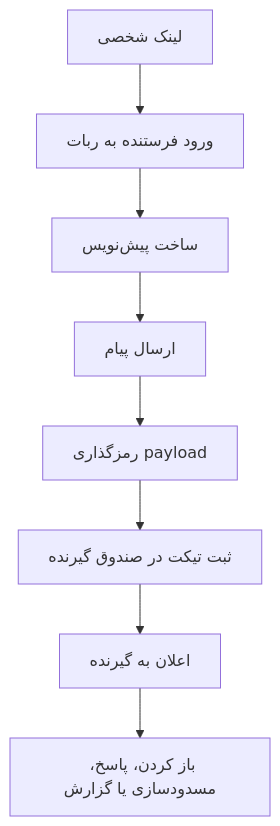
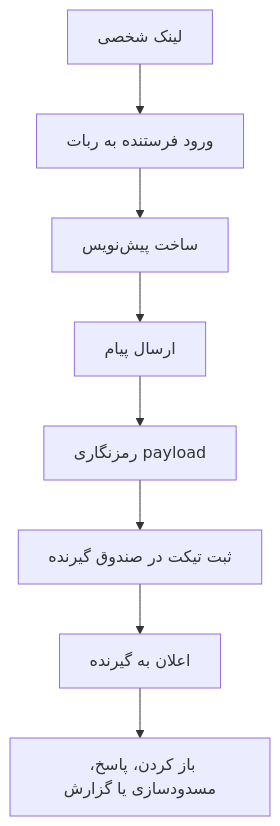
One commit to mohetios/mohetios.dev changed the first of 3 diagrams in content/fa/blog/building-nekonymous-anonymous-telegram-bot.md. Above: the diagram before and after it, drawn with Mermaid. The commit also changed other lines of this file, not shown here.

````diff
--- a/content/fa/blog/building-nekonymous-anonymous-telegram-bot.md
+++ b/content/fa/blog/building-nekonymous-anonymous-telegram-bot.md
@@ -91,10 +93,10 @@
 ```mermaid
 flowchart TD
   A[لینک شخصی] --> B[ورود فرستنده به ربات]
   B --> C[ساخت پیش‌نویس]
   C --> D[ارسال پیام]
-  D --> E[رمزگذاری payload]
+  D --> E[رمزنگاری payload]
   E --> F[ثبت تیکت در صندوق گیرنده]
   F --> G[اعلان به گیرنده]
   G --> H[باز کردن، پاسخ، مسدودسازی یا گزارش]
 ```
````
